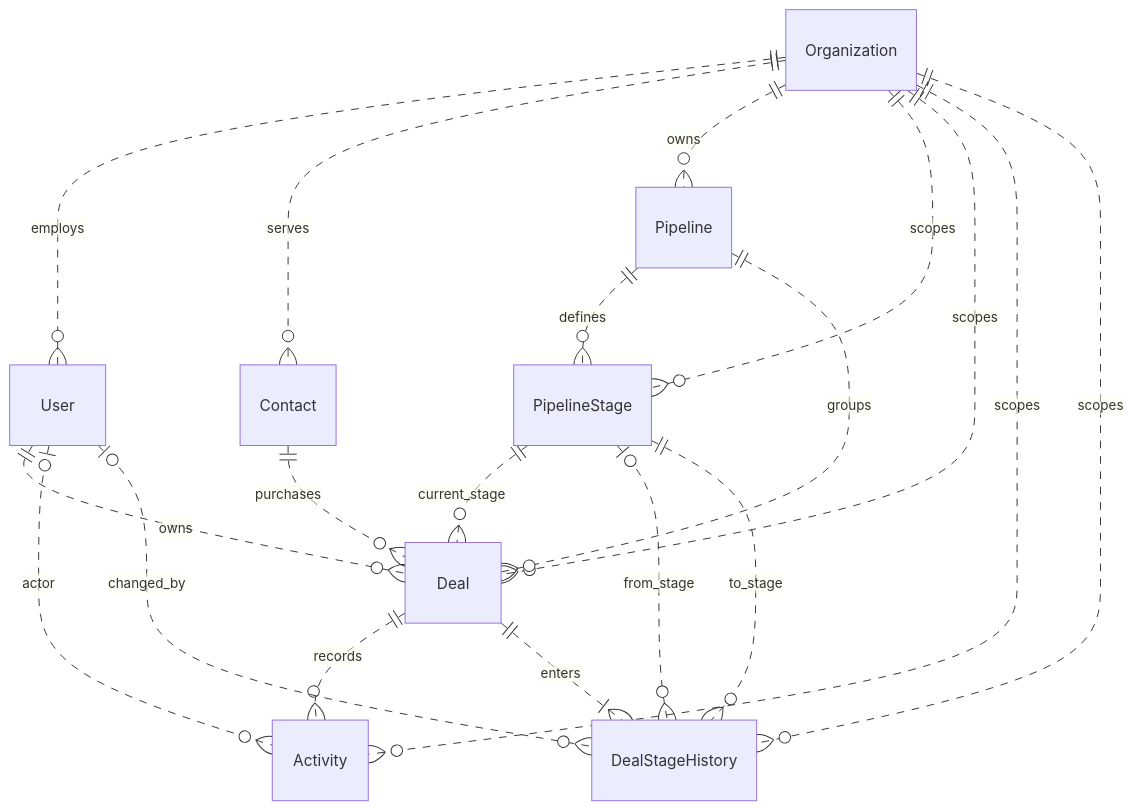
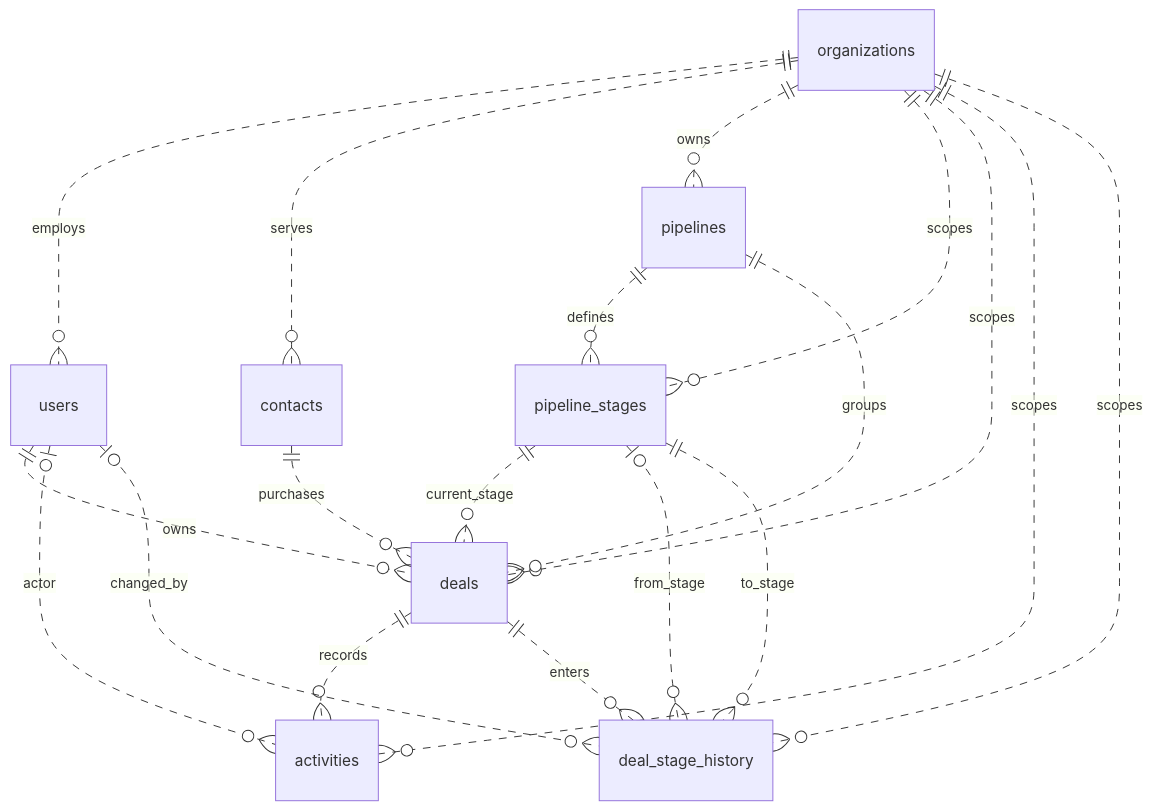
Before and after one commit to n1k1c0d/AI-Sales-Intelligence-Platform: the diagram in docs/DATA_MODEL.md, drawn with Mermaid. The commit also changed other lines of this file and 23 other files, not shown here.

````diff
--- a/docs/DATA_MODEL.md
+++ b/docs/DATA_MODEL.md
@@ -25,21 +25,21 @@
 ```mermaid
 erDiagram
-    Organization ||..o{ User : employs
-    Organization ||..o{ Contact : serves
-    Organization ||..o{ Pipeline : owns
-    Organization ||..o{ PipelineStage : scopes
-    Organization ||..o{ Deal : scopes
-    Organization ||..o{ Activity : scopes
-    Organization ||..o{ DealStageHistory : scopes
-    Pipeline ||..o{ PipelineStage : defines
-    Pipeline ||..o{ Deal : groups
-    PipelineStage ||..o{ Deal : current_stage
-    Contact ||..o{ Deal : purchases
-    User ||..o{ Deal : owns
-    Deal ||..o{ Activity : records
-    Deal ||..|{ DealStageHistory : enters
-    User |o..o{ Activity : actor
-    User |o..o{ DealStageHistory : changed_by
-    PipelineStage |o..o{ DealStageHistory : from_stage
-    PipelineStage ||..o{ DealStageHistory : to_stage
+    organizations ||..o{ users : employs
+    organizations ||..o{ contacts : serves
+    organizations ||..o{ pipelines : owns
+    organizations ||..o{ pipeline_stages : scopes
+    organizations ||..o{ deals : scopes
+    organizations ||..o{ activities : scopes
+    organizations ||..o{ deal_stage_history : scopes
+    pipelines ||..o{ pipeline_stages : defines
+    pipelines ||..o{ deals : groups
+    pipeline_stages ||..o{ deals : current_stage
+    contacts ||..o{ deals : purchases
+    users ||..o{ deals : owns
+    deals ||..o{ activities : records
+    deals ||..o{ deal_stage_history : enters
+    users |o..o{ activities : actor
+    users |o..o{ deal_stage_history : changed_by
+    pipeline_stages |o..o{ deal_stage_history : from_stage
+    pipeline_stages ||..o{ deal_stage_history : to_stage
 ```
````
